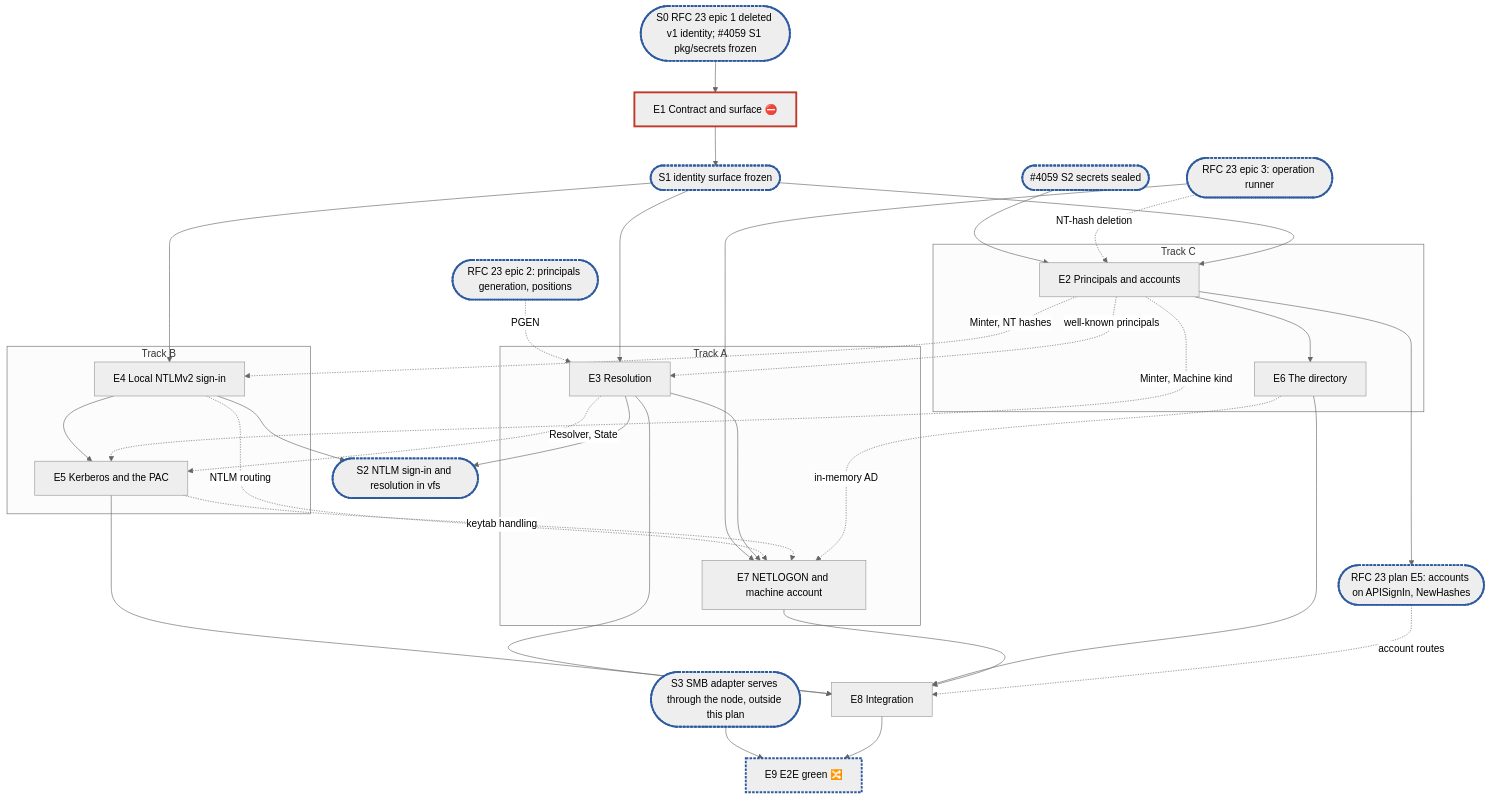
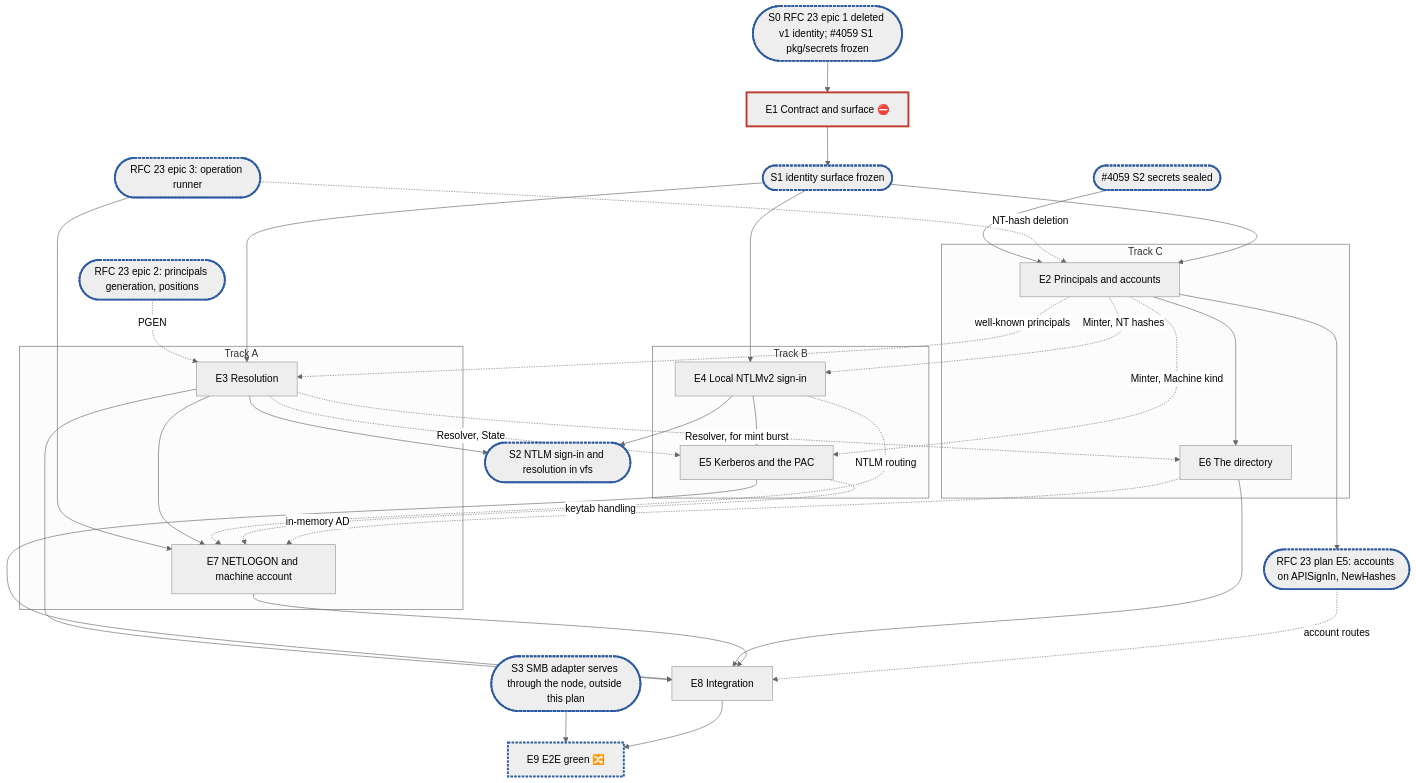
One commit to cubbit/dittofs changed the diagram in docs/internals/planning/rfc-18-identity-plan.md. Above: the diagram before and after it, drawn with Mermaid (neutral theme). The commit also changed other lines of this file and 2 other files, not shown here.

````diff
--- a/docs/internals/planning/rfc-18-identity-plan.md
+++ b/docs/internals/planning/rfc-18-identity-plan.md
@@ -416,34 +420,35 @@
 ```mermaid
 flowchart TD
   X0(["S0 RFC 23 epic 1 deleted v1 identity; #4059 S1 pkg/secrets frozen"]):::sync --> E1["E1 Contract and surface ⛔"]:::blocker
   X2(["#4059 S2 secrets sealed"]):::sync --> E2
   E1 --> S1(["S1 identity surface frozen"]):::sync
   X1(["RFC 23 epic 2: principals generation, positions"]):::sync -. "PGEN" .-> E3
   X4(["RFC 23 epic 3: operation runner"]):::sync --> E7
   X4 -. "NT-hash deletion" .-> E2
   subgraph A["Track A"]
     E3["E3 Resolution"] --> E7["E7 NETLOGON and machine account"]
   end
   subgraph B["Track B"]
     E4["E4 Local NTLMv2 sign-in"] --> E5["E5 Kerberos and the PAC"]
   end
   subgraph C["Track C"]
     E2["E2 Principals and accounts"] --> E6["E6 The directory"]
   end
   S1 --> E2 & E3 & E4
   E2 --> X3(["RFC 23 plan E5: accounts on APISignIn, NewHashes"]):::sync
   E2 -. "Minter, NT hashes" .-> E4
   E2 -. "well-known principals" .-> E3
   E2 -. "Minter, Machine kind" .-> E5
   E3 -. "Resolver, State" .-> E5
+  E3 -. "Resolver, for mint burst" .-> E6
   E4 -. "NTLM routing" .-> E7
   E5 -. "keytab handling" .-> E7
   E6 -. "in-memory AD" .-> E7
   E3 & E4 --> S2(["S2 NTLM sign-in and resolution in vfs"]):::sync
   E3 & E5 & E6 & E7 --> E8["E8 Integration"]
   X3 -. "account routes" .-> E8
   S3(["S3 SMB adapter serves through the node, outside this plan"]):::sync --> E9["E9 E2E green 🔀"]:::sync
   E8 --> E9
   classDef blocker stroke:#c0392b,stroke-width:3px
   classDef sync stroke:#2c5aa0,stroke-width:3px,stroke-dasharray:4 2
 ```
````
